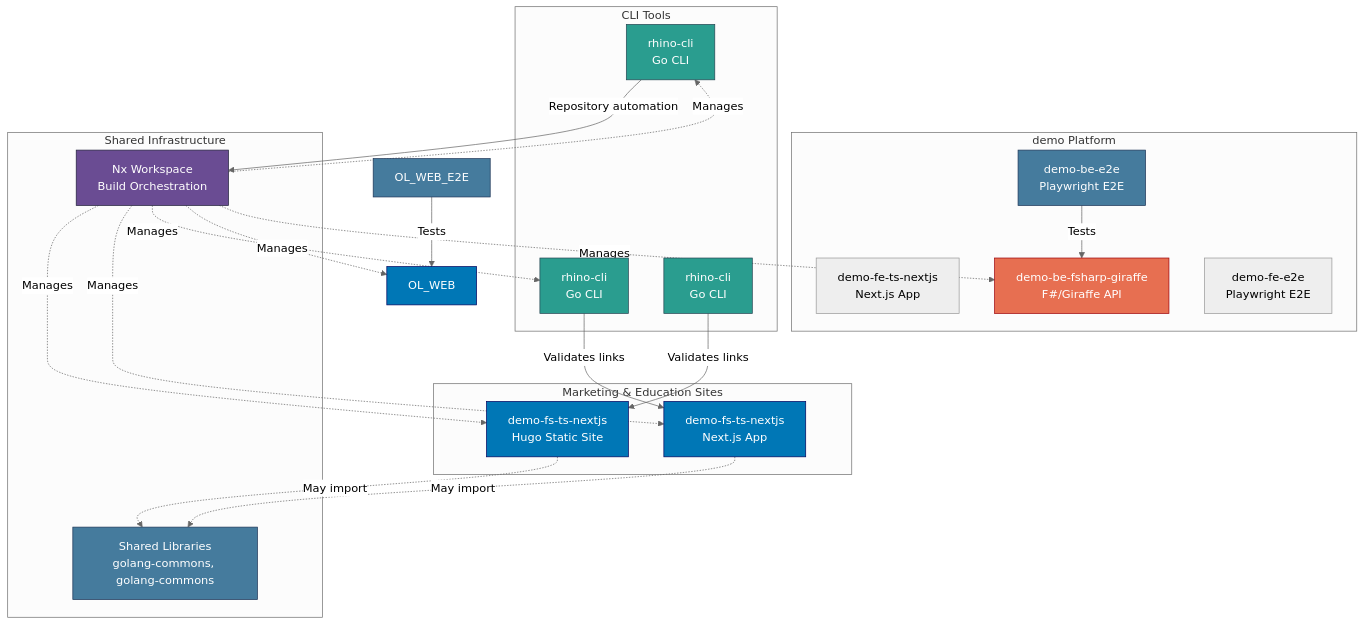
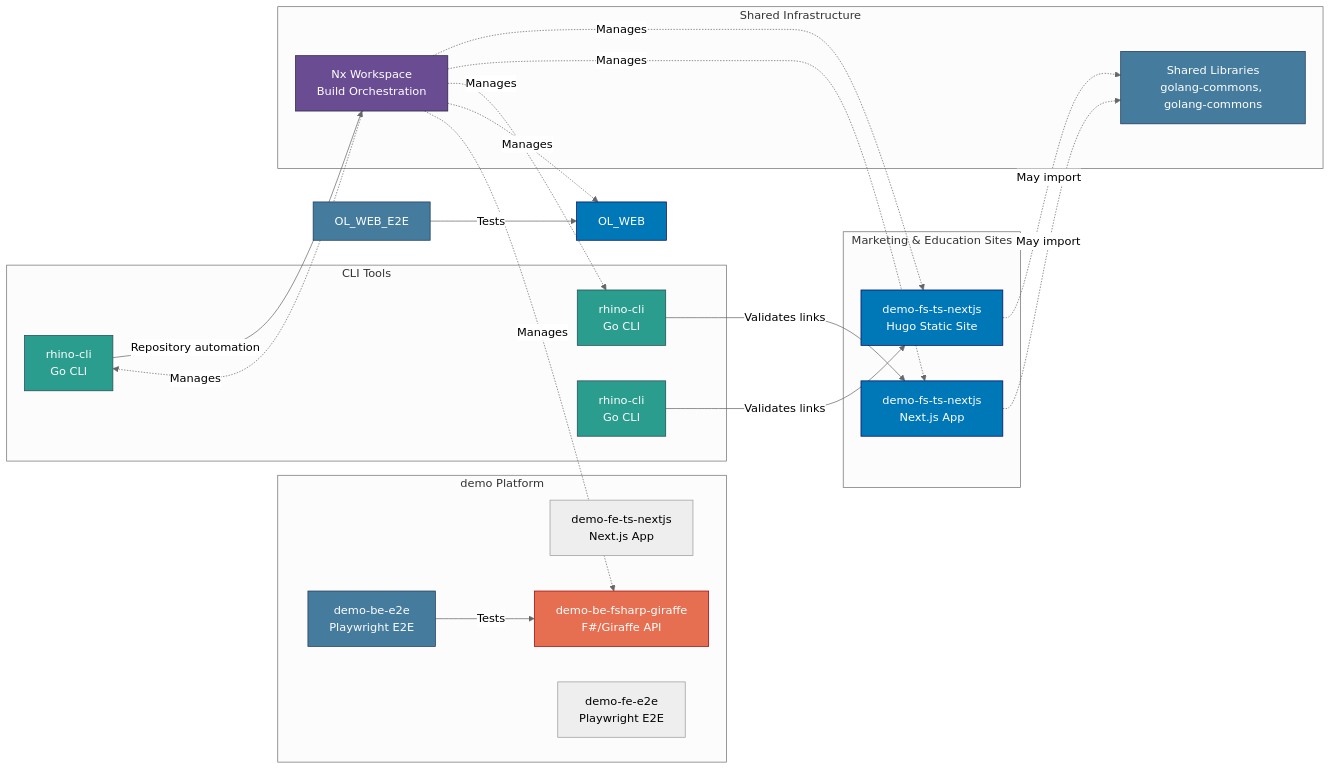
Before and after one commit to wahidyankf/ose-primer: the diagram in docs/reference/system-architecture/applications.md, drawn with Mermaid (neutral theme). The commit also changed 14 other files, not shown here.

Commit message:
fix(docs): fix mermaid violations in remaining docs (batch 10/10)

````diff
--- a/docs/reference/system-architecture/applications.md
+++ b/docs/reference/system-architecture/applications.md
@@ -125,53 +125,53 @@
 ```mermaid
-graph TB
+graph LR
     subgraph "Marketing & Education Sites"
         OSE[demo-fs-ts-nextjs<br/>Hugo Static Site]
         AYO[demo-fs-ts-nextjs<br/>Next.js App]
     end
 
     subgraph "demo Platform"
         OL_FE[demo-fe-ts-nextjs<br/>Next.js App]
         OL_BE[demo-be-fsharp-giraffe<br/>F#/Giraffe API]
         OL_FE_E2E[demo-fe-e2e<br/>Playwright E2E]
         OL_BE_E2E[demo-be-e2e<br/>Playwright E2E]
     end
 
     subgraph "CLI Tools"
         AYOCLI[rhino-cli<br/>Go CLI]
         RHINO[rhino-cli<br/>Go CLI]
         OSECLI[rhino-cli<br/>Go CLI]
     end
 
     subgraph "Shared Infrastructure"
         NX[Nx Workspace<br/>Build Orchestration]
         LIBS[Shared Libraries<br/>golang-commons, golang-commons]
     end
 
     AYOCLI -->|Validates links| AYO
     RHINO -->|Repository automation| NX
     OSECLI -->|Validates links| OSE
     OL_WEB_E2E -->|Tests| OL_WEB
     OL_BE_E2E -->|Tests| OL_BE
 
     NX -.->|Manages| OSE
     NX -.->|Manages| AYO
     NX -.->|Manages| AYOCLI
     NX -.->|Manages| RHINO
     NX -.->|Manages| OL_WEB
     NX -.->|Manages| OL_BE
 
     OSE -.->|May import| LIBS
     AYO -.->|May import| LIBS
 
     style OSE fill:#0077b6,stroke:#03045e,color:#ffffff
     style AYO fill:#0077b6,stroke:#03045e,color:#ffffff
     style OL_WEB fill:#0077b6,stroke:#03045e,color:#ffffff
     style OL_BE fill:#e76f51,stroke:#9d0208,color:#ffffff
     style OL_WEB_E2E fill:#457b9d,stroke:#1d3557,color:#ffffff
     style OL_BE_E2E fill:#457b9d,stroke:#1d3557,color:#ffffff
     style AYOCLI fill:#2a9d8f,stroke:#264653,color:#ffffff
     style RHINO fill:#2a9d8f,stroke:#264653,color:#ffffff
     style OSECLI fill:#2a9d8f,stroke:#264653,color:#ffffff
     style NX fill:#6a4c93,stroke:#22223b,color:#ffffff
     style LIBS fill:#457b9d,stroke:#1d3557,color:#ffffff
 ```
````
